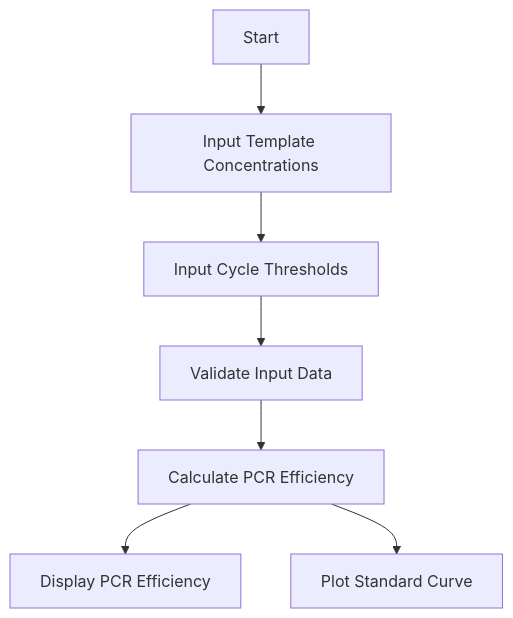
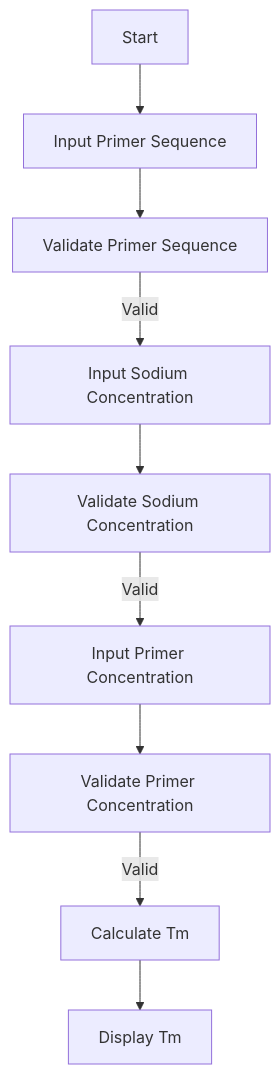
Before and after one commit to rubypoddar/Python-Projects: diagram 32 of 33 in README.md, drawn with Mermaid. The commit also changed other lines of this file, not shown here.

````diff
--- a/README.md
+++ b/README.md
@@ -2121,9 +2129,11 @@
 ```mermaid
 flowchart TD
-    A[Start] --> B[Input Template Concentrations]
-    B --> C[Input Cycle Thresholds]
-    C --> D[Validate Input Data]
-    D --> E[Calculate PCR Efficiency]
-    E --> F[Display PCR Efficiency]
-    E --> G[Plot Standard Curve]
+    A[Start] --> B["Input Primer Sequence"]
+    B --> C["Validate Primer Sequence"]
+    C -- Valid --> D["Input Sodium Concentration"]
+    D --> E["Validate Sodium Concentration"]
+    E -- Valid --> F["Input Primer Concentration"]
+    F --> G["Validate Primer Concentration"]
+    G -- Valid --> H["Calculate Tm"]
+    H --> I["Display Tm"]
 ```
````
